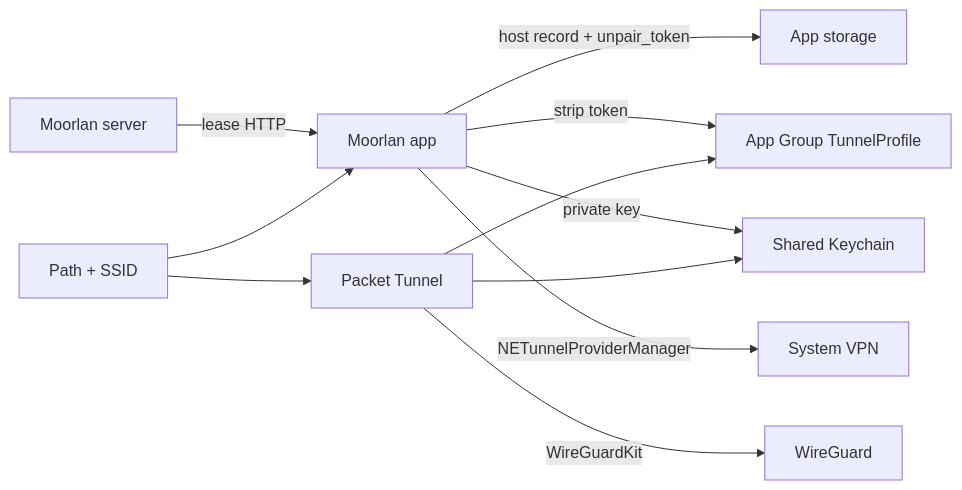
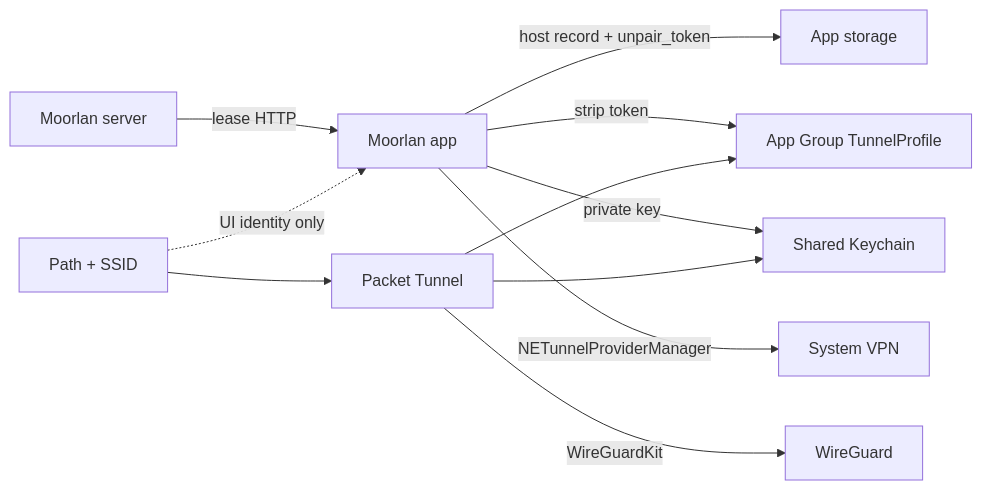
Before and after one commit to sumitgahoi/moorlan: the diagram in ios/ARCHITECTURE.md, drawn with Mermaid. The commit also changed other lines of this file and 16 other files, not shown here.

````diff
--- a/ios/ARCHITECTURE.md
+++ b/ios/ARCHITECTURE.md
@@ -21,13 +21,13 @@
 ```mermaid
 flowchart LR
   server[Moorlan server] -->|lease HTTP| app[Moorlan app]
   app -->|host record + unpair_token| appStore[App storage]
   app -->|strip token| appGroup[App Group TunnelProfile]
   app -->|private key| keychain[Shared Keychain]
   app -->|NETunnelProviderManager| systemVPN[System VPN]
   ext[Packet Tunnel] --> appGroup
   ext --> keychain
   ext -->|WireGuardKit| wg[WireGuard]
-  path[Path + SSID] --> app
-  path --> ext
+  path[Path + SSID] --> ext
+  path -.->|UI identity only| app
 ```
````
